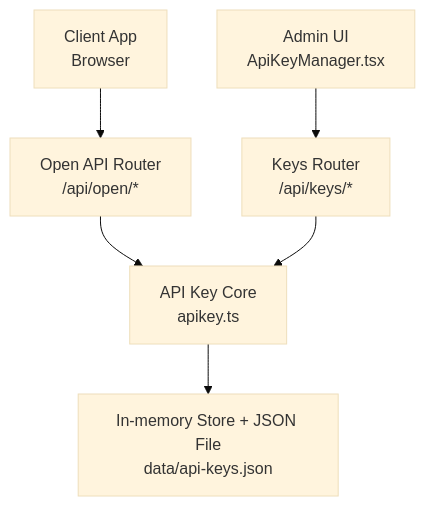
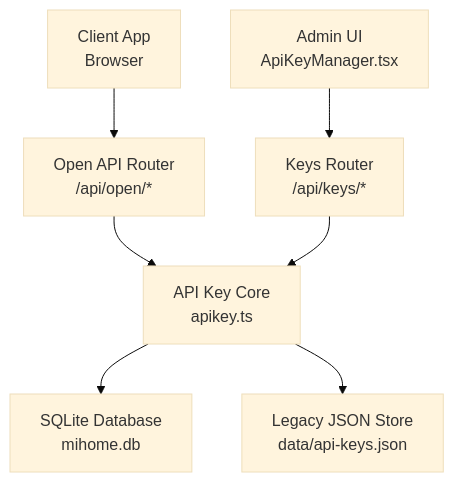
Before and after one commit to dlutwuwei/mihome-web: the first of 10 diagrams in .qoder/repowiki/en/content/Security & Authentication/API Key Management.md, drawn with Mermaid (base theme). The commit also changed other lines of this file and 84 other files, not shown here.

````diff
--- a/.qoder/repowiki/en/content/Security & Authentication/API Key Management.md
+++ b/.qoder/repowiki/en/content/Security & Authentication/API Key Management.md
@@ -33,8 +42,9 @@
 ```mermaid
 graph TB
 Client["Client App<br/>Browser"] --> OpenRouter["Open API Router<br/>/api/open/*"]
 AdminClient["Admin UI<br/>ApiKeyManager.tsx"] --> KeysRouter["Keys Router<br/>/api/keys/*"]
 OpenRouter --> ApiKeyCore["API Key Core<br/>apikey.ts"]
 KeysRouter --> ApiKeyCore
-ApiKeyCore --> Store["In-memory Store + JSON File<br/>data/api-keys.json"]
+ApiKeyCore --> SQLiteDB["SQLite Database<br/>mihome.db"]
+ApiKeyCore --> LegacyJSON["Legacy JSON Store<br/>data/api-keys.json"]
 ```
````
